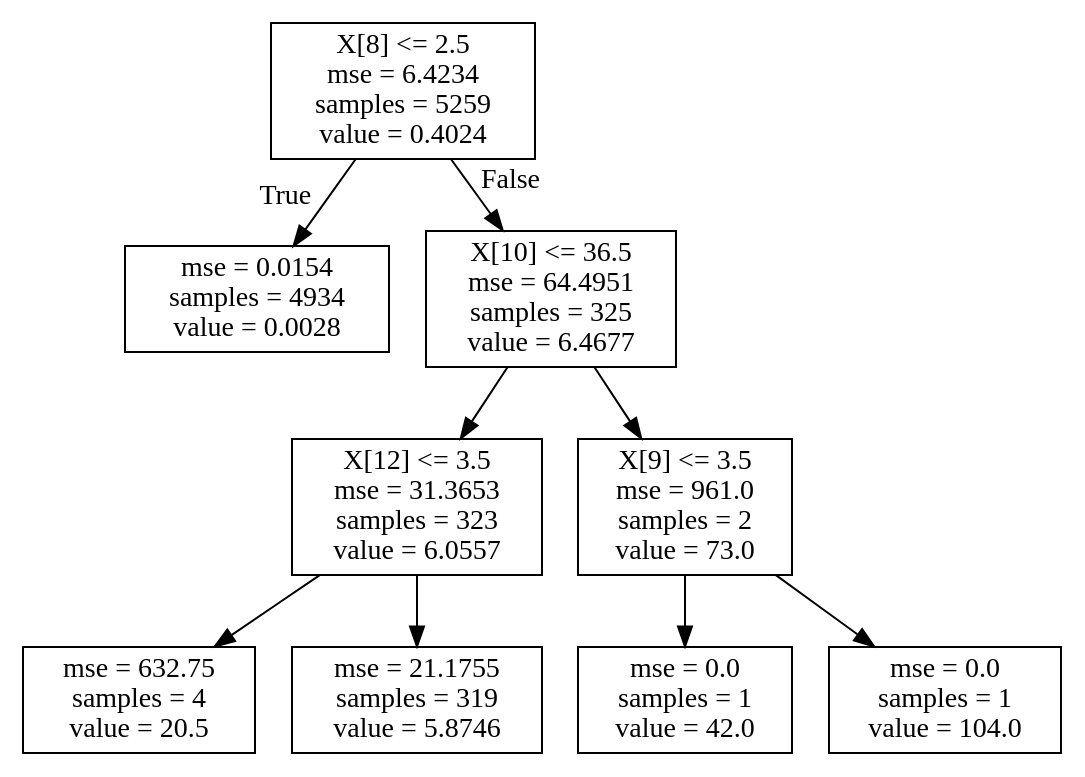
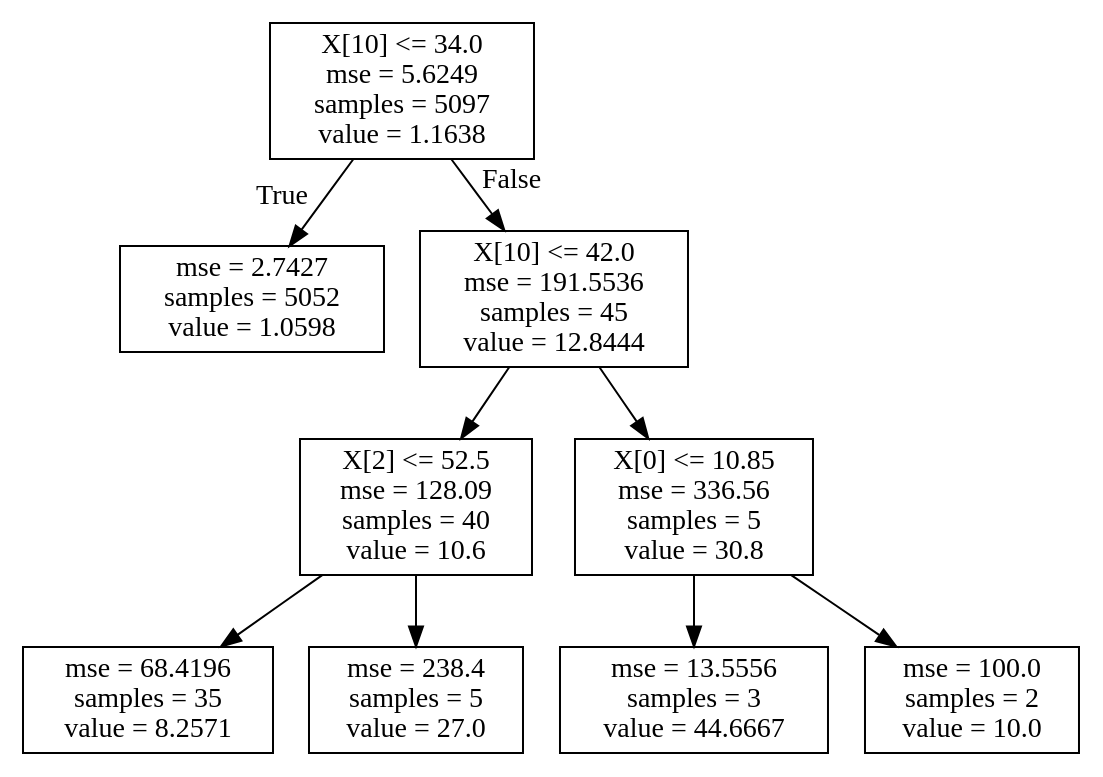
The diagram in PowerOutagePredictor/Tree/tree.dot (Yuanyuan-Shi/PowerOutagePredictor), drawn with Graphviz before and after one commit. The commit also changed 6 other files, not shown here.

```diff
--- a/PowerOutagePredictor/Tree/tree.dot
+++ b/PowerOutagePredictor/Tree/tree.dot
@@ -1,20 +1,20 @@
 digraph Tree {
 node [shape=box] ;
-0 [label="X[8] <= 2.5\nmse = 6.4234\nsamples = 5259\nvalue = 0.4024"] ;
-1 [label="mse = 0.0154\nsamples = 4934\nvalue = 0.0028"] ;
+0 [label="X[10] <= 34.0\nmse = 5.6249\nsamples = 5097\nvalue = 1.1638"] ;
+1 [label="mse = 2.7427\nsamples = 5052\nvalue = 1.0598"] ;
 0 -> 1 [labeldistance=2.5, labelangle=45, headlabel="True"] ;
-2 [label="X[10] <= 36.5\nmse = 64.4951\nsamples = 325\nvalue = 6.4677"] ;
+2 [label="X[10] <= 42.0\nmse = 191.5536\nsamples = 45\nvalue = 12.8444"] ;
 0 -> 2 [labeldistance=2.5, labelangle=-45, headlabel="False"] ;
-3 [label="X[12] <= 3.5\nmse = 31.3653\nsamples = 323\nvalue = 6.0557"] ;
+3 [label="X[2] <= 52.5\nmse = 128.09\nsamples = 40\nvalue = 10.6"] ;
 2 -> 3 ;
-7 [label="mse = 632.75\nsamples = 4\nvalue = 20.5"] ;
-3 -> 7 ;
-8 [label="mse = 21.1755\nsamples = 319\nvalue = 5.8746"] ;
-3 -> 8 ;
-4 [label="X[9] <= 3.5\nmse = 961.0\nsamples = 2\nvalue = 73.0"] ;
+5 [label="mse = 68.4196\nsamples = 35\nvalue = 8.2571"] ;
+3 -> 5 ;
+6 [label="mse = 238.4\nsamples = 5\nvalue = 27.0"] ;
+3 -> 6 ;
+4 [label="X[0] <= 10.85\nmse = 336.56\nsamples = 5\nvalue = 30.8"] ;
 2 -> 4 ;
-5 [label="mse = 0.0\nsamples = 1\nvalue = 42.0"] ;
-4 -> 5 ;
-6 [label="mse = 0.0\nsamples = 1\nvalue = 104.0"] ;
-4 -> 6 ;
+7 [label="mse = 13.5556\nsamples = 3\nvalue = 44.6667"] ;
+4 -> 7 ;
+8 [label="mse = 100.0\nsamples = 2\nvalue = 10.0"] ;
+4 -> 8 ;
 }
```
